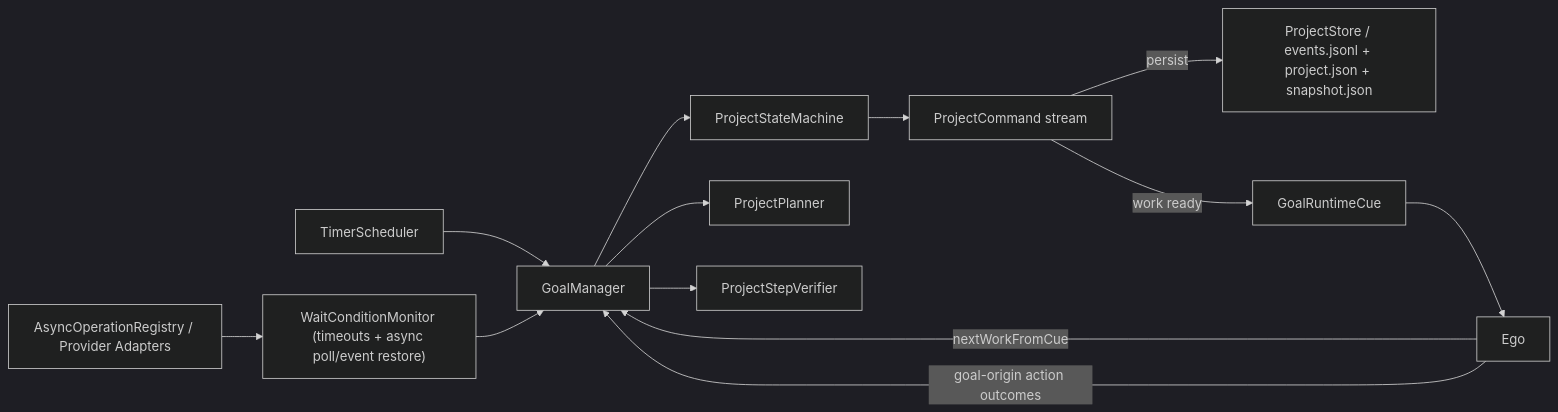
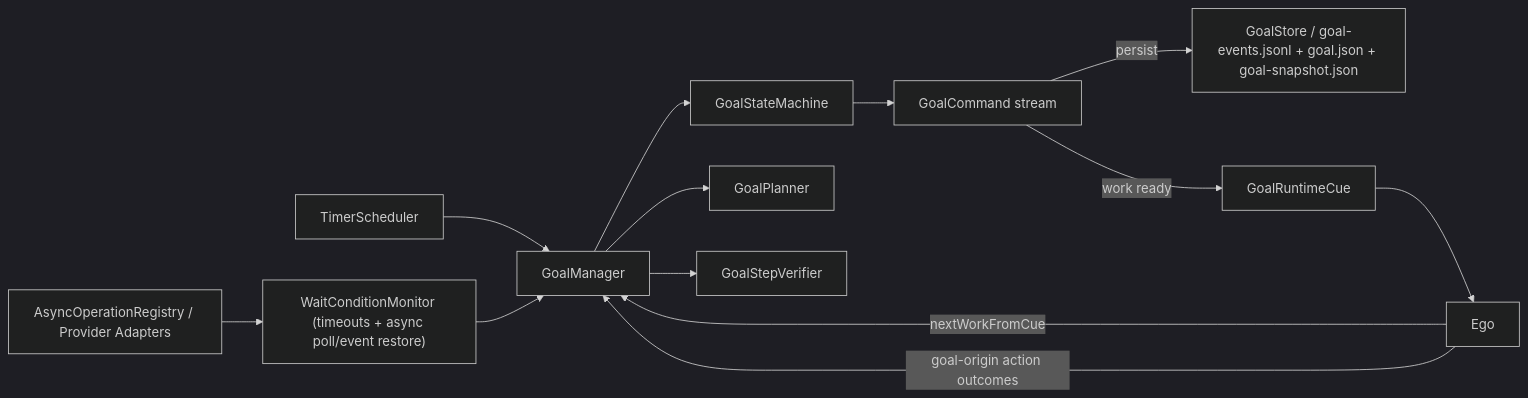
One commit to neopsyke/NeoPsyke changed the third of 7 diagrams in AGENT_LOGIC_DIAGRAM.md. Above: the diagram before and after it, drawn with Mermaid (dark theme). The commit also changed other lines of this file and 70 other files, not shown here.

````diff
--- a/AGENT_LOGIC_DIAGRAM.md
+++ b/AGENT_LOGIC_DIAGRAM.md
@@ -213,15 +213,15 @@
 ```mermaid
 flowchart LR
     TS["TimerScheduler"] --> PM["GoalManager"]
     WM["WaitConditionMonitor (timeouts + async poll/event restore)"] --> PM
     AOR["AsyncOperationRegistry / Provider Adapters"] --> WM
-    PM --> PSM["ProjectStateMachine"]
-    PM --> PP["ProjectPlanner"]
-    PM --> PV["ProjectStepVerifier"]
-    PSM --> PCS["ProjectCommand stream"]
-    PCS -->|persist| Store["ProjectStore / events.jsonl + project.json + snapshot.json"]
+    PM --> PSM["GoalStateMachine"]
+    PM --> PP["GoalPlanner"]
+    PM --> PV["GoalStepVerifier"]
+    PSM --> PCS["GoalCommand stream"]
+    PCS -->|persist| Store["GoalStore / goal-events.jsonl + goal.json + goal-snapshot.json"]
     PCS -->|work ready| Sig["GoalRuntimeCue"]
     Sig --> Ego["Ego"]
     Ego -->|nextWorkFromCue| PM
     Ego -->|goal-origin action outcomes| PM
 ```
````
